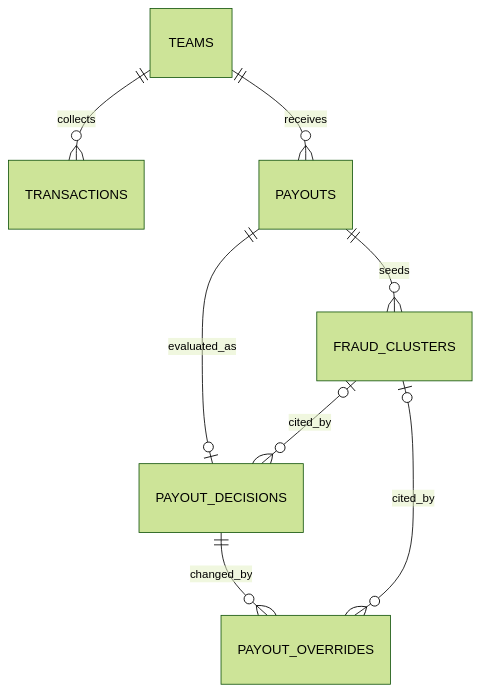
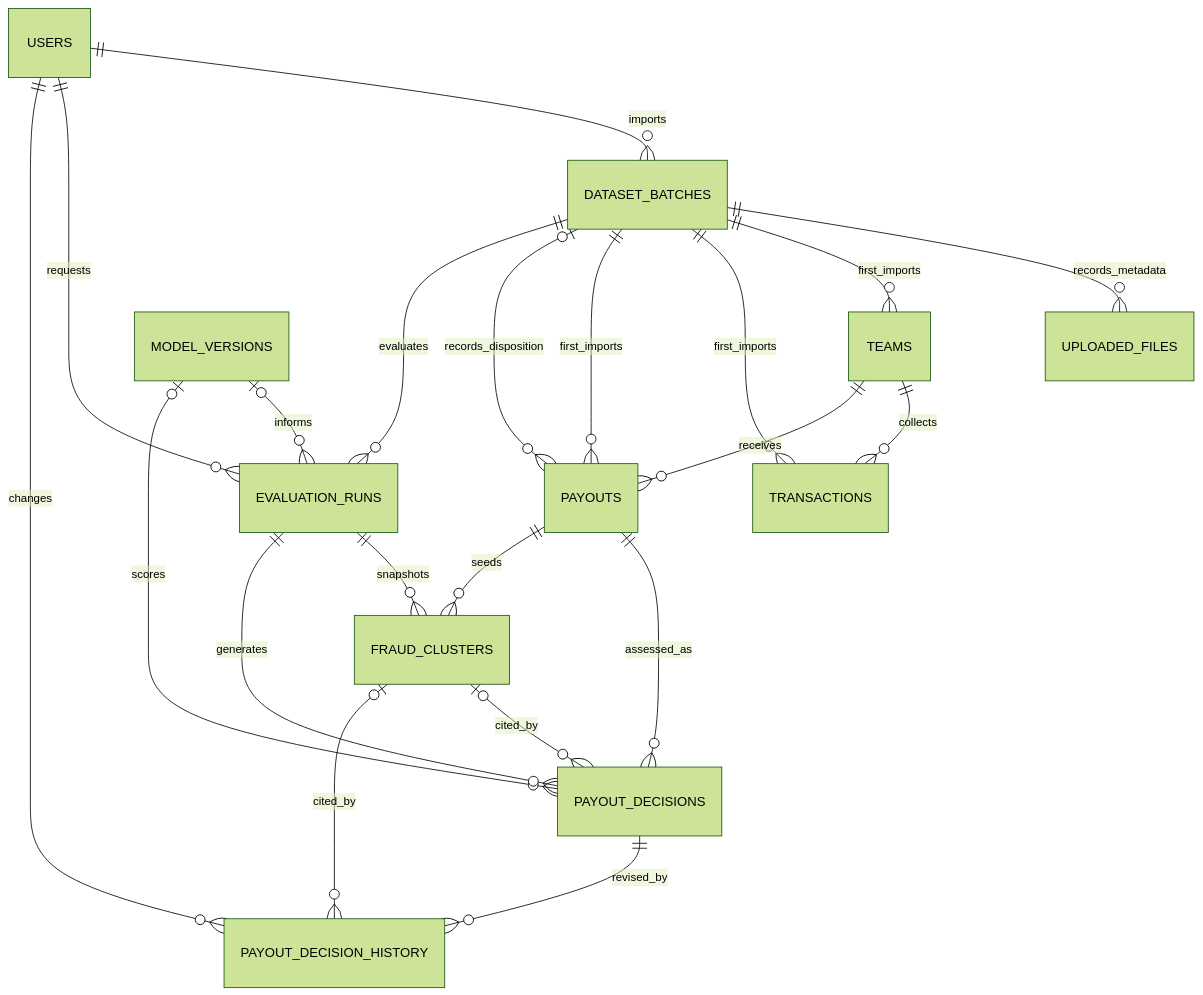
Before and after one commit to KasaniDheerajVenu/scanpay-payout-risk-desk: the diagram in docs/database-design.md, drawn with Mermaid (forest theme). The commit also changed other lines of this file and 71 other files, not shown here.

First line of the commit message:
implement PostgreSQL schema and Alembic migrations

````diff
--- a/docs/database-design.md
+++ b/docs/database-design.md
@@ -21,10 +93,23 @@
 ```mermaid
 erDiagram
+    USERS ||--o{ DATASET_BATCHES : imports
+    USERS ||--o{ EVALUATION_RUNS : requests
+    USERS ||--o{ PAYOUT_DECISION_HISTORY : changes
+    DATASET_BATCHES ||--o{ UPLOADED_FILES : records_metadata
+    DATASET_BATCHES ||--o{ TEAMS : first_imports
+    DATASET_BATCHES ||--o{ TRANSACTIONS : first_imports
+    DATASET_BATCHES ||--o{ PAYOUTS : first_imports
+    DATASET_BATCHES o|--o{ PAYOUTS : records_disposition
     TEAMS ||--o{ TRANSACTIONS : collects
     TEAMS ||--o{ PAYOUTS : receives
+    DATASET_BATCHES ||--o{ EVALUATION_RUNS : evaluates
+    MODEL_VERSIONS o|--o{ EVALUATION_RUNS : informs
+    MODEL_VERSIONS o|--o{ PAYOUT_DECISIONS : scores
+    EVALUATION_RUNS ||--o{ FRAUD_CLUSTERS : snapshots
+    EVALUATION_RUNS ||--o{ PAYOUT_DECISIONS : generates
+    PAYOUTS ||--o{ PAYOUT_DECISIONS : assessed_as
     PAYOUTS ||--o{ FRAUD_CLUSTERS : seeds
-    PAYOUTS ||--o| PAYOUT_DECISIONS : evaluated_as
     FRAUD_CLUSTERS o|--o{ PAYOUT_DECISIONS : cited_by
-    PAYOUT_DECISIONS ||--o{ PAYOUT_OVERRIDES : changed_by
-    FRAUD_CLUSTERS o|--o{ PAYOUT_OVERRIDES : cited_by
+    PAYOUT_DECISIONS ||--o{ PAYOUT_DECISION_HISTORY : revised_by
+    FRAUD_CLUSTERS o|--o{ PAYOUT_DECISION_HISTORY : cited_by
 ```
````
